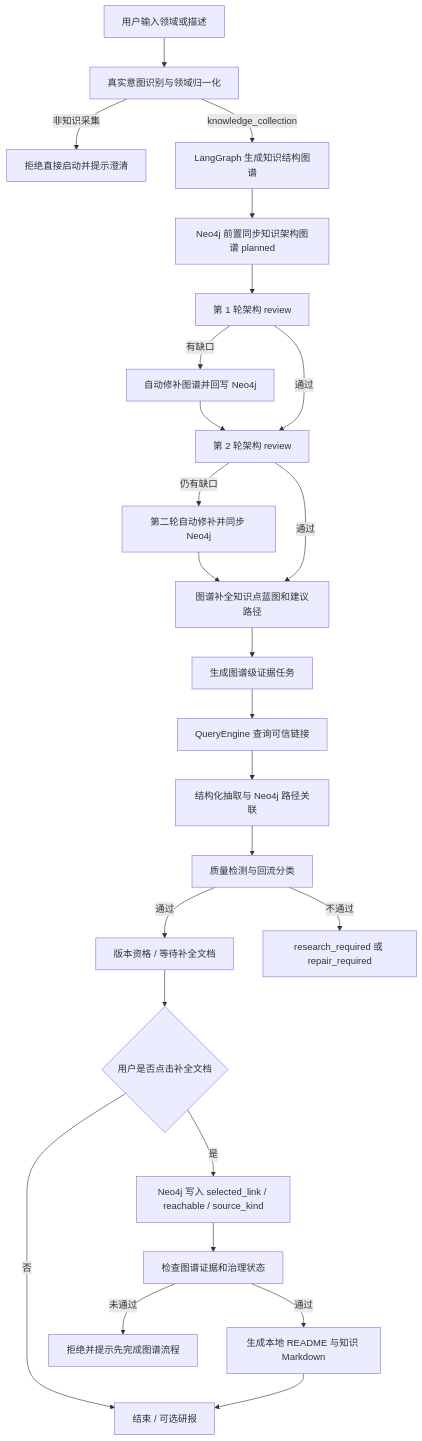
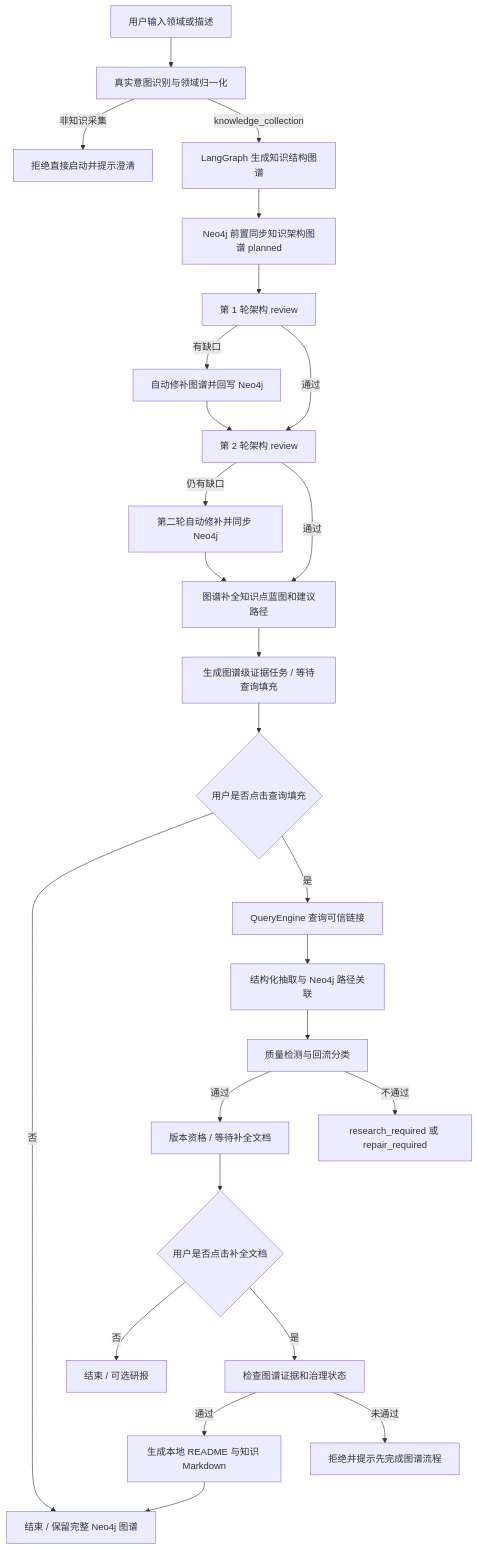
The diagram in docs/项目需求.md (crabin/knowledgeforge), drawn with Mermaid before and after one commit. The commit also changed other lines of this file and 11 other files, not shown here.

Commit message:
feat: split graph generation from evidence fill

````diff
--- a/docs/项目需求.md
+++ b/docs/项目需求.md
@@ -36,27 +36,28 @@
 ```mermaid
 flowchart TD
     A[用户输入领域或描述] --> B[真实意图识别与领域归一化]
     B -->|非知识采集| X[拒绝直接启动并提示澄清]
     B -->|knowledge_collection| C[LangGraph 生成知识结构图谱]
     C --> D[Neo4j 前置同步知识架构图谱 planned]
     D --> E[第 1 轮架构 review]
     E -->|有缺口| F[自动修补图谱并回写 Neo4j]
     F --> G[第 2 轮架构 review]
     E -->|通过| G
     G -->|仍有缺口| N[第二轮自动修补并同步 Neo4j]
     N --> H
     G -->|通过| H[图谱补全知识点蓝图和建议路径]
-    H --> I[生成图谱级证据任务]
-    I --> J[QueryEngine 查询可信链接]
+    H --> I[生成图谱级证据任务 / 等待查询填充]
+    I --> U{用户是否点击查询填充}
+    U -->|否| R[结束 / 保留完整 Neo4j 图谱]
+    U -->|是| J[QueryEngine 查询可信链接]
     J --> L[结构化抽取与 Neo4j 路径关联]
     L --> M[质量检测与回流分类]
     M -->|通过| V[版本资格 / 等待补全文档]
     M -->|不通过| O[research_required 或 repair_required]
     V --> P{用户是否点击补全文档}
-    P -->|否| R[结束 / 可选研报]
-    P -->|是| K[Neo4j 写入 selected_link / reachable / source_kind]
-    K --> Q[检查图谱证据和治理状态]
+    P -->|否| R2[结束 / 可选研报]
+    P -->|是| Q[检查图谱证据和治理状态]
     Q -->|通过| S[生成本地 README 与知识 Markdown]
     Q -->|未通过| T[拒绝并提示先完成图谱流程]
     S --> R
 ```
````
